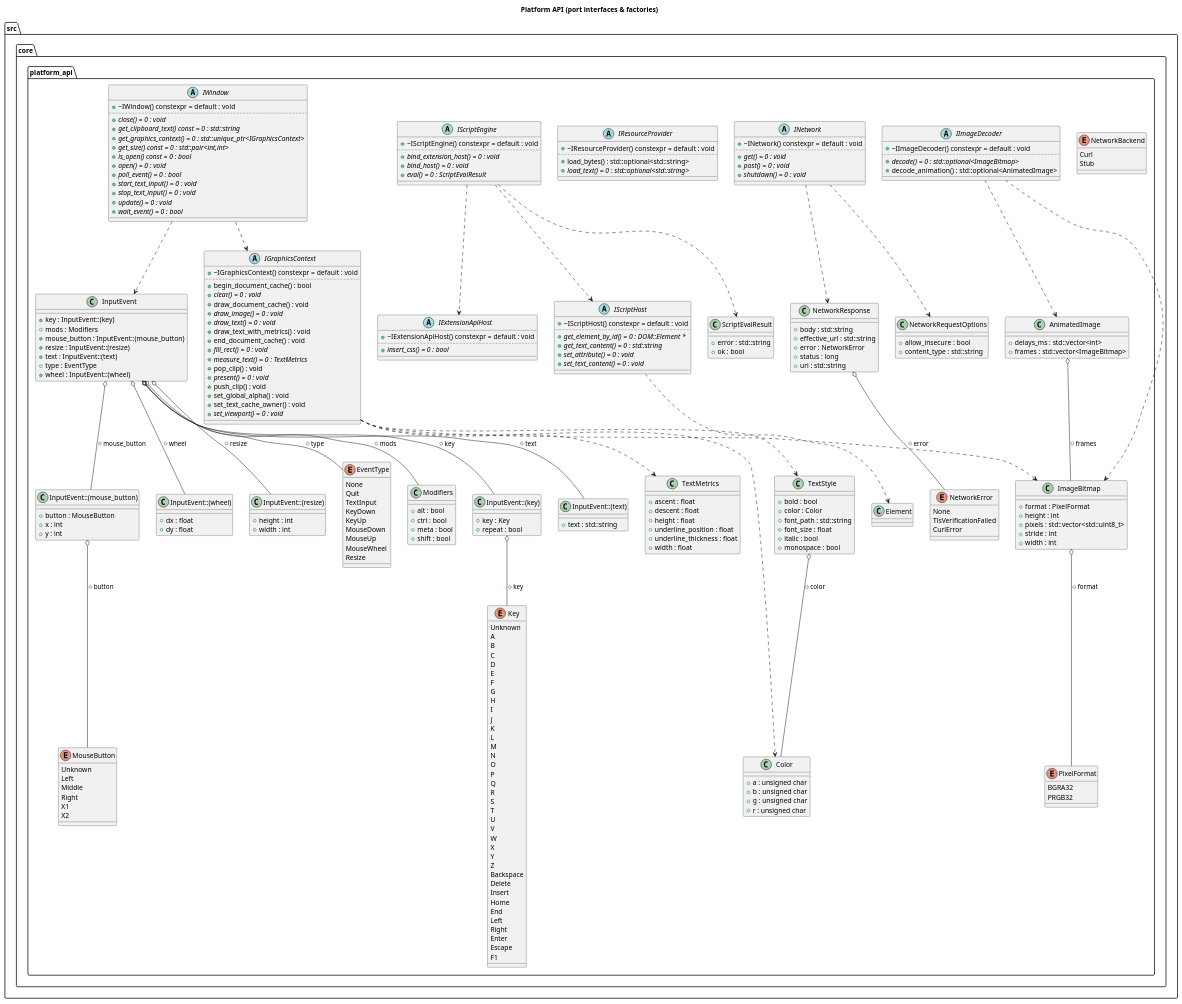
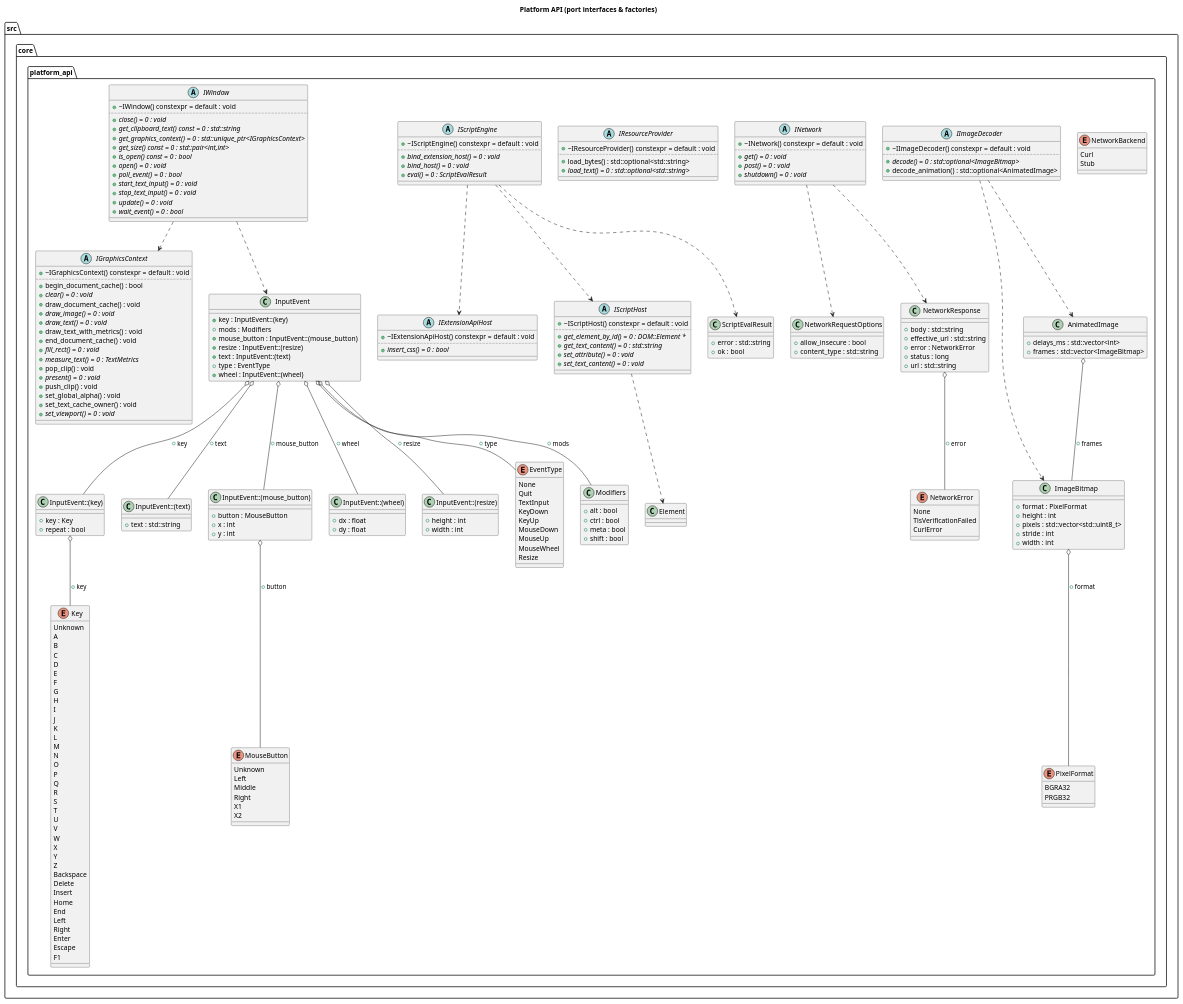
The diagram in doc/diagrams/platform_api.puml (Dvorkam/hummingbird), drawn with PlantUML before and after one commit. The commit also changed 14 other files, not shown here.

First line of the commit message:
refactor: move graphics value types out of the platform port header (T-CORE-GFXTYPES-1)

```diff
--- a/doc/diagrams/platform_api.puml
+++ b/doc/diagrams/platform_api.puml
@@ -41,34 +41,6 @@
 enum C_0012645783935756570189 {
 Curl
 Stub
-}
-class "Color" as C_0001429326908123085830
-class C_0001429326908123085830 {
-__
-+a : unsigned char
-+b : unsigned char
-+g : unsigned char
-+r : unsigned char
-}
-class "TextMetrics" as C_0015039507757522703813
-class C_0015039507757522703813 {
-__
-+ascent : float
-+descent : float
-+height : float
-+underline_position : float
-+underline_thickness : float
-+width : float
-}
-class "TextStyle" as C_0014817139165458707029
-class C_0014817139165458707029 {
-__
-+bold : bool
-+color : Color
-+font_path : std::string
-+font_size : float
-+italic : bool
-+monospace : bool
 }
 abstract "IGraphicsContext" as C_0017612842807371769814
 abstract C_0017612842807371769814 {
@@ -291,11 +263,6 @@
 }
 C_0005406508127155539845 o-- C_0004070535993583755214 : +key
 C_0016604046386869755674 o-- C_0011796997026974214122 : +button
-C_0014817139165458707029 o-- C_0001429326908123085830 : +color
-C_0017612842807371769814 ..> C_0001429326908123085830
-C_0017612842807371769814 ..> C_0012817259058340398679
-C_0017612842807371769814 ..> C_0014817139165458707029
-C_0017612842807371769814 ..> C_0015039507757522703813
 C_0012817259058340398679 o-- C_0012455055291288377930 : +format
 C_0001199566768918950911 o-- C_0012817259058340398679 : +frames
 C_0013482843013343585649 ..> C_0012817259058340398679
```
